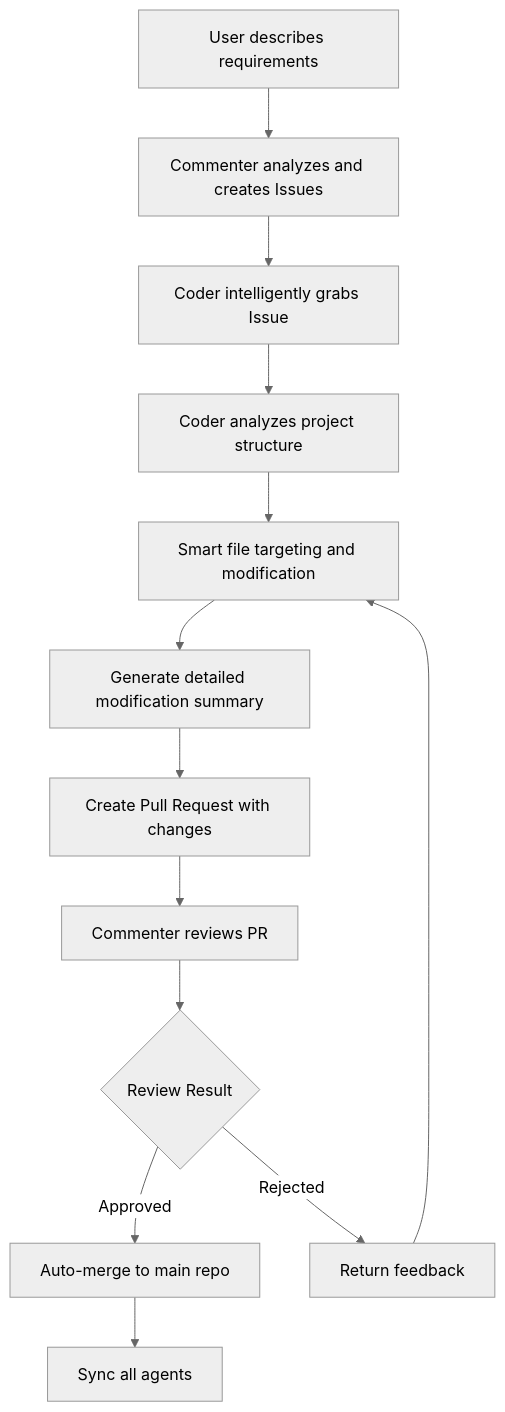
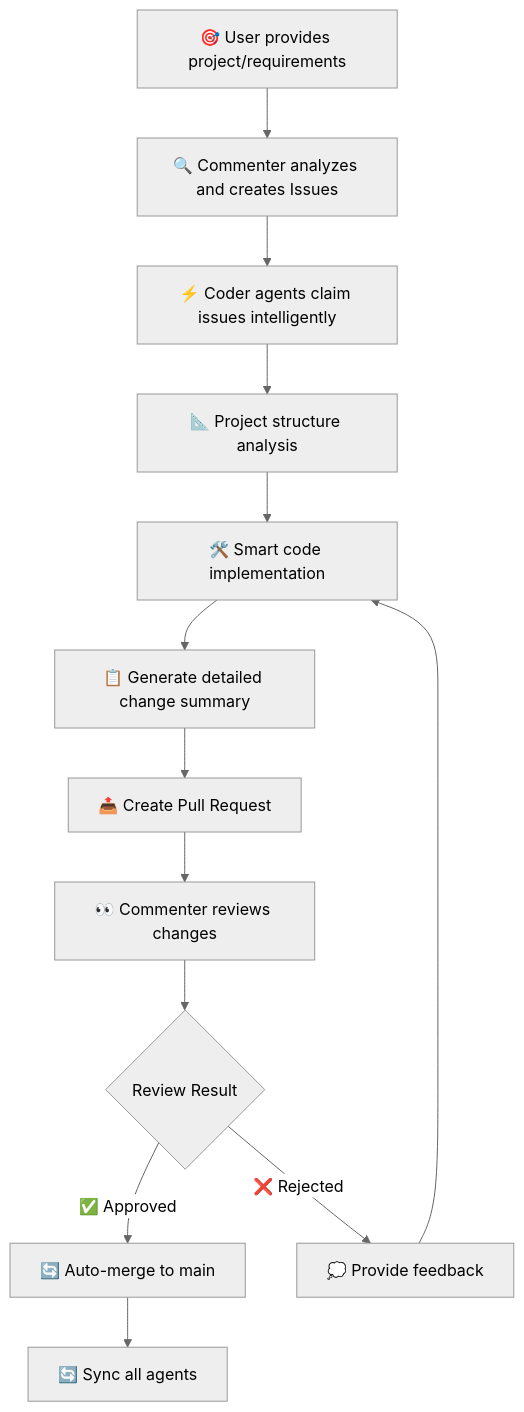
The first of 2 diagrams in README.md (charr-Chen/multi-agent-coder), drawn with Mermaid (neutral theme) before and after one commit. The commit also changed other lines of this file, not shown here.

````diff
--- a/README.md
+++ b/README.md
@@ -52,15 +56,15 @@
 ```mermaid
 graph TD
-    A[User describes requirements] --> B[Commenter analyzes and creates Issues]
-    B --> C[Coder intelligently grabs Issue]
-    C --> D[Coder analyzes project structure]
-    D --> E[Smart file targeting and modification]
-    E --> F[Generate detailed modification summary]
-    F --> G[Create Pull Request with changes]
-    G --> H[Commenter reviews PR]
+    A["🎯 User provides project/requirements"] --> B["🔍 Commenter analyzes and creates Issues"]
+    B --> C["⚡ Coder agents claim issues intelligently"]
+    C --> D["📐 Project structure analysis"]
+    D --> E["🛠️ Smart code implementation"]
+    E --> F["📋 Generate detailed change summary"]
+    F --> G["📤 Create Pull Request"]
+    G --> H["👀 Commenter reviews changes"]
     H --> I{Review Result}
-    I -->|Approved| J[Auto-merge to main repo]
-    I -->|Rejected| K[Return feedback]
-    J --> L[Sync all agents]
+    I -->|✅ Approved| J["🔄 Auto-merge to main"]
+    I -->|❌ Rejected| K["💭 Provide feedback"]
+    J --> L["🔄 Sync all agents"]
     K --> E
 ```
````
